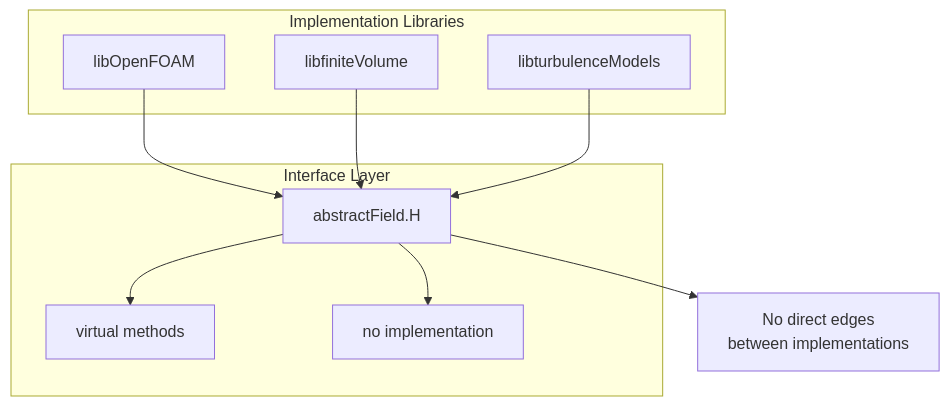
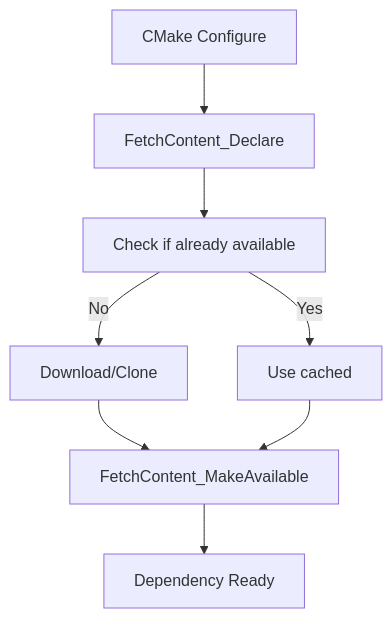
One commit to wramet/build-my-cfd changed the diagram in daily_learning/Phase_03_SoftwareArchitecture/39.md. Above: the diagram before and after it, drawn with Mermaid. The commit also changed other lines of this file and 85 other files, not shown here.

Commit message:
docs: finalize phase 3 and 5 contents, quality verification, and roadmap items

````diff
--- a/daily_learning/Phase_03_SoftwareArchitecture/39.md
+++ b/daily_learning/Phase_03_SoftwareArchitecture/39.md
@@ -371,15 +52,10 @@
 ```mermaid
-graph TD
-    subgraph "Interface Layer"
-        A[abstractField.H] --> B[virtual methods]
-        A --> C[no implementation]
-    end
-
-    subgraph "Implementation Libraries"
-        D[libOpenFOAM] --> A
-        E[libfiniteVolume] --> A
-        F[libturbulenceModels] --> A
-    end
-
-    A --> G[No direct edges<br/>between implementations]
+flowchart TD
+    A[CMake Configure] --> B[FetchContent_Declare]
+    B --> C[Check if already available]
+    C -->|No| D[Download/Clone]
+    C -->|Yes| E[Use cached]
+    D --> F[FetchContent_MakeAvailable]
+    E --> F
+    F --> G[Dependency Ready]
 ```
````
